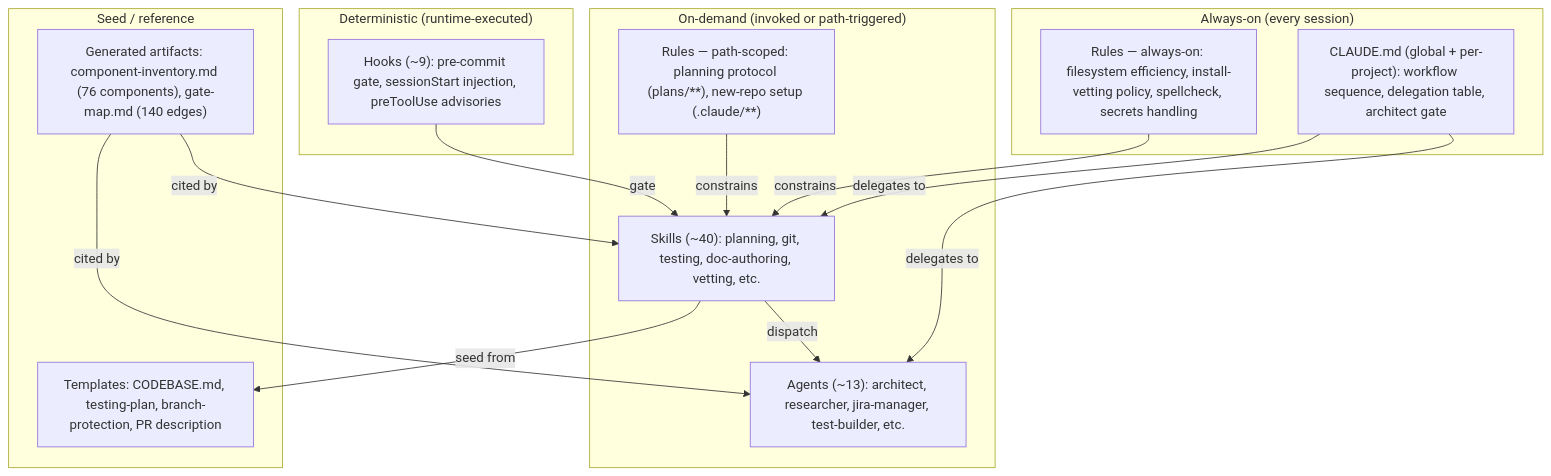
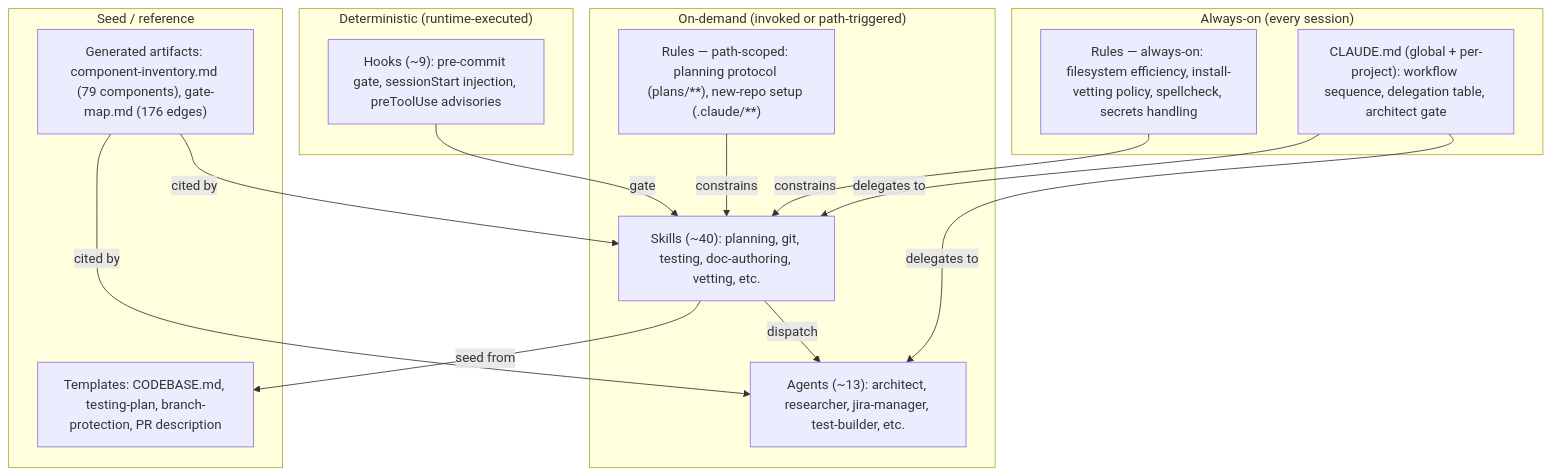
One commit to TeamClyde/clydes_claude changed the second of 3 diagrams in docs/explanation/architecture.md. Above: the diagram before and after it, drawn with Mermaid. The commit also changed other lines of this file and 23 other files, not shown here.

First line of the commit message:
feat: gate component references and make gate-map a checked contract (#192)

````diff
--- a/docs/explanation/architecture.md
+++ b/docs/explanation/architecture.md
@@ -82,32 +82,32 @@
 ```mermaid
 graph TB
   subgraph ALWAYS["Always-on (every session)"]
     CLAUDE_MD["CLAUDE.md (global + per-project): workflow sequence, delegation table, architect gate"]
     RULES_ALWAYS["Rules — always-on: filesystem efficiency, install-vetting policy, spellcheck, secrets handling"]
   end
 
   subgraph ON_DEMAND["On-demand (invoked or path-triggered)"]
     RULES_SCOPED["Rules — path-scoped: planning protocol (plans/**), new-repo setup (.claude/**)"]
     SKILLS["Skills (~40): planning, git, testing, doc-authoring, vetting, etc."]
     AGENTS["Agents (~13): architect, researcher, jira-manager, test-builder, etc."]
   end
 
   subgraph DETERMINISTIC["Deterministic (runtime-executed)"]
     HOOKS["Hooks (~9): pre-commit gate, sessionStart injection, preToolUse advisories"]
   end
 
   subgraph SEED["Seed / reference"]
     TEMPLATES["Templates: CODEBASE.md, testing-plan, branch-protection, PR description"]
-    GENERATED["Generated artifacts: component-inventory.md (76 components), gate-map.md (140 edges)"]
+    GENERATED["Generated artifacts: component-inventory.md (79 components), gate-map.md (176 edges)"]
   end
 
   CLAUDE_MD -->|"delegates to"| SKILLS
   CLAUDE_MD -->|"delegates to"| AGENTS
   RULES_ALWAYS -->|"constrains"| SKILLS
   RULES_SCOPED -->|"constrains"| SKILLS
   SKILLS -->|"dispatch"| AGENTS
   HOOKS -->|"gate"| SKILLS
   SKILLS -->|"seed from"| TEMPLATES
   GENERATED -->|"cited by"| SKILLS
   GENERATED -->|"cited by"| AGENTS
 ```
````
